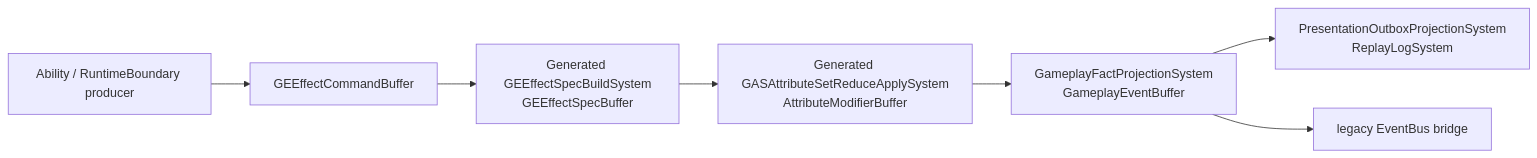
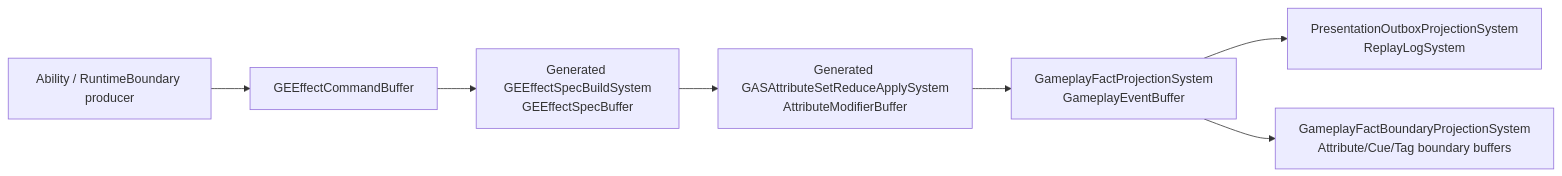
The second of 2 diagrams in 方案讨论/针对2.0的ECS架构的迭代方案讨论/00-当前架构事实/当前架构图.md (Bo-ki/gameplay-ability-system-for-unity), drawn with Mermaid before and after one commit. The commit also changed other lines of this file and 31 other files, not shown here.

Commit message:
docs: refresh GAS architecture facts

````diff
--- a/方案讨论/针对2.0的ECS架构的迭代方案讨论/00-当前架构事实/当前架构图.md
+++ b/方案讨论/针对2.0的ECS架构的迭代方案讨论/00-当前架构事实/当前架构图.md
@@ -34,9 +34,9 @@
 ```mermaid
 flowchart LR
     Producer["Ability / RuntimeBoundary producer"] --> Command["GEEffectCommandBuffer"]
     Command --> Spec["Generated GEEffectSpecBuildSystem\nGEEffectSpecBuffer"]
     Spec --> Delta["Generated GASAttributeSetReduceApplySystem\nAttributeModifierBuffer"]
     Delta --> Fact["GameplayFactProjectionSystem\nGameplayEventBuffer"]
     Fact --> Projection["PresentationOutboxProjectionSystem\nReplayLogSystem"]
-    Fact --> Bridge["legacy EventBus bridge"]
+    Fact --> BoundaryBuffers["GameplayFactBoundaryProjectionSystem\nAttribute/Cue/Tag boundary buffers"]
 ```
````
